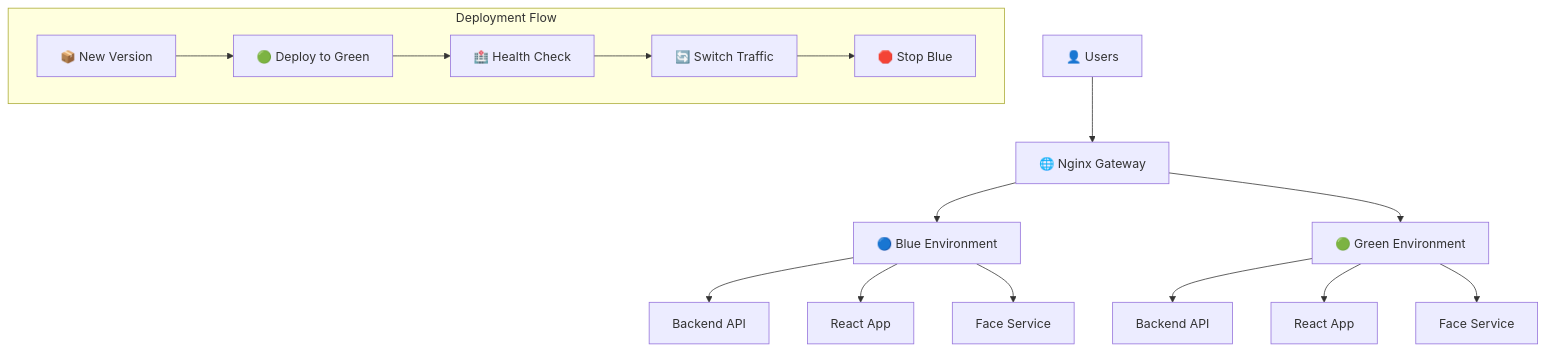
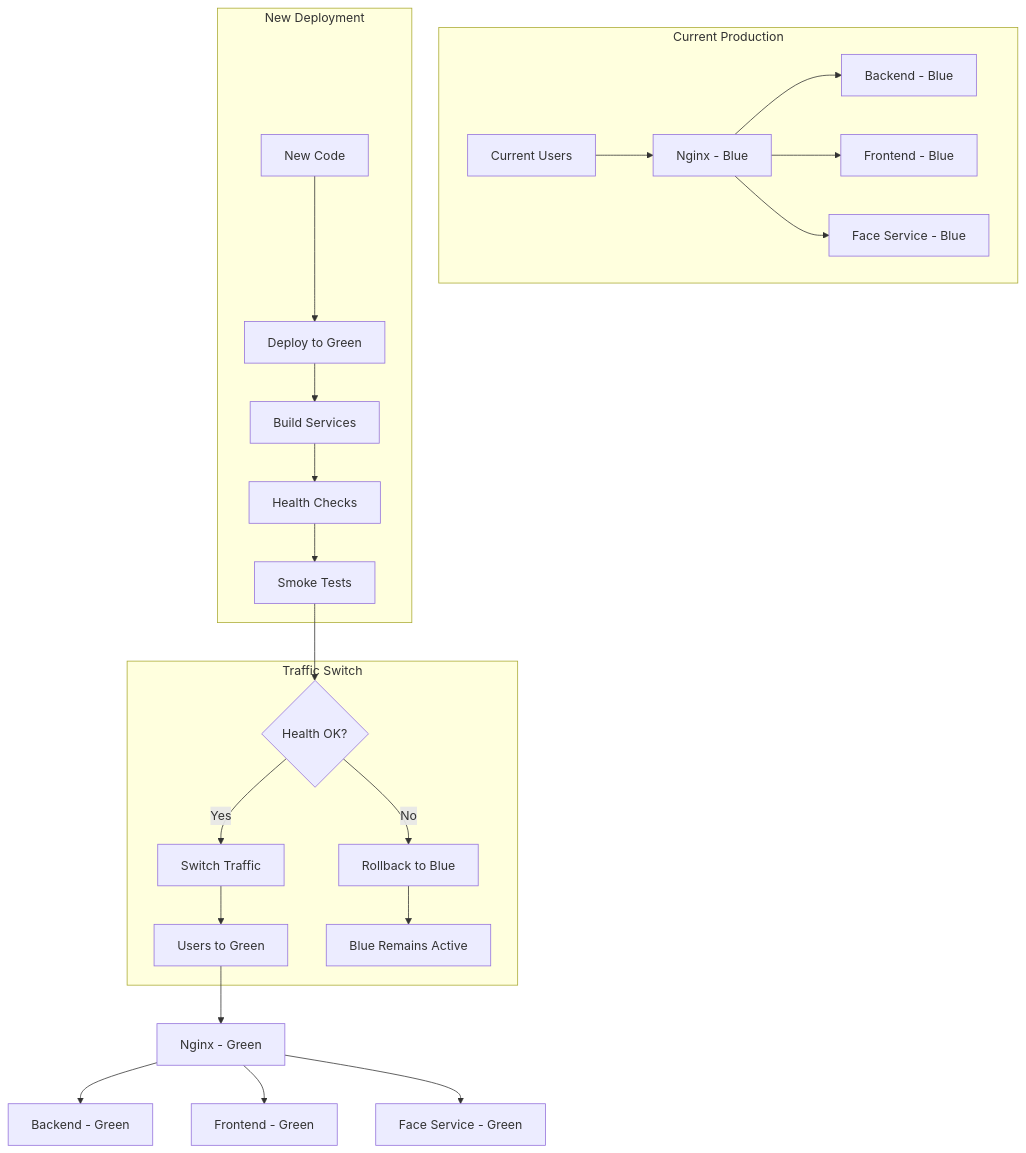
One commit to bayarmaa01/capstone1.1 changed the third of 6 diagrams in README.md. Above: the diagram before and after it, drawn with Mermaid. The commit also changed other lines of this file, not shown here.

First line of the commit message:
docs: enhance README.md with comprehensive architecture diagrams and workflows

````diff
--- a/README.md
+++ b/README.md
@@ -135,22 +144,30 @@
 ```mermaid
 graph TD
-    User[👤 Users] --> Nginx[🌐 Nginx Gateway]
+    subgraph "Current Production"
+        CurrentUsers[Current Users] --> CurrentNginx[Nginx - Blue]
+        CurrentNginx --> CurrentBackend[Backend - Blue]
+        CurrentNginx --> CurrentFrontend[Frontend - Blue]
+        CurrentNginx --> CurrentFace[Face Service - Blue]
+    end
     
-    Nginx --> Blue[🔵 Blue Environment]
-    Nginx --> Green[🟢 Green Environment]
+    subgraph "New Deployment"
+        NewCode[New Code] --> GreenDeploy[Deploy to Green]
+        GreenDeploy --> GreenBuild[Build Services]
+        GreenBuild --> GreenHealth[Health Checks]
+        GreenHealth --> GreenTest[Smoke Tests]
+    end
     
-    Blue --> BlueBackend[Backend API]
-    Blue --> BlueFrontend[React App]
-    Blue --> BlueFace[Face Service]
+    subgraph "Traffic Switch"
+        SwitchDecision{Health OK?}
+        SwitchDecision -->|Yes| TrafficSwitch[Switch Traffic]
+        SwitchDecision -->|No| Rollback[Rollback to Blue]
+        TrafficSwitch --> NewUsers[Users to Green]
+        Rollback --> BlueStays[Blue Remains Active]
+    end
     
-    Green --> GreenBackend[Backend API]
-    Green --> GreenFrontend[React App]
-    Green --> GreenFace[Face Service]
-    
-    subgraph "Deployment Flow"
-        NewVersion[📦 New Version] --> GreenDeploy[🟢 Deploy to Green]
-        GreenDeploy --> HealthCheck[🏥 Health Check]
-        HealthCheck --> TrafficSwitch[🔄 Switch Traffic]
-        TrafficSwitch --> BlueStop[🛑 Stop Blue]
-    end
+    GreenTest --> SwitchDecision
+    NewUsers --> GreenNginx[Nginx - Green]
+    GreenNginx --> GreenBackend[Backend - Green]
+    GreenNginx --> GreenFrontend[Frontend - Green]
+    GreenNginx --> GreenFace[Face Service - Green]
 ```
````
